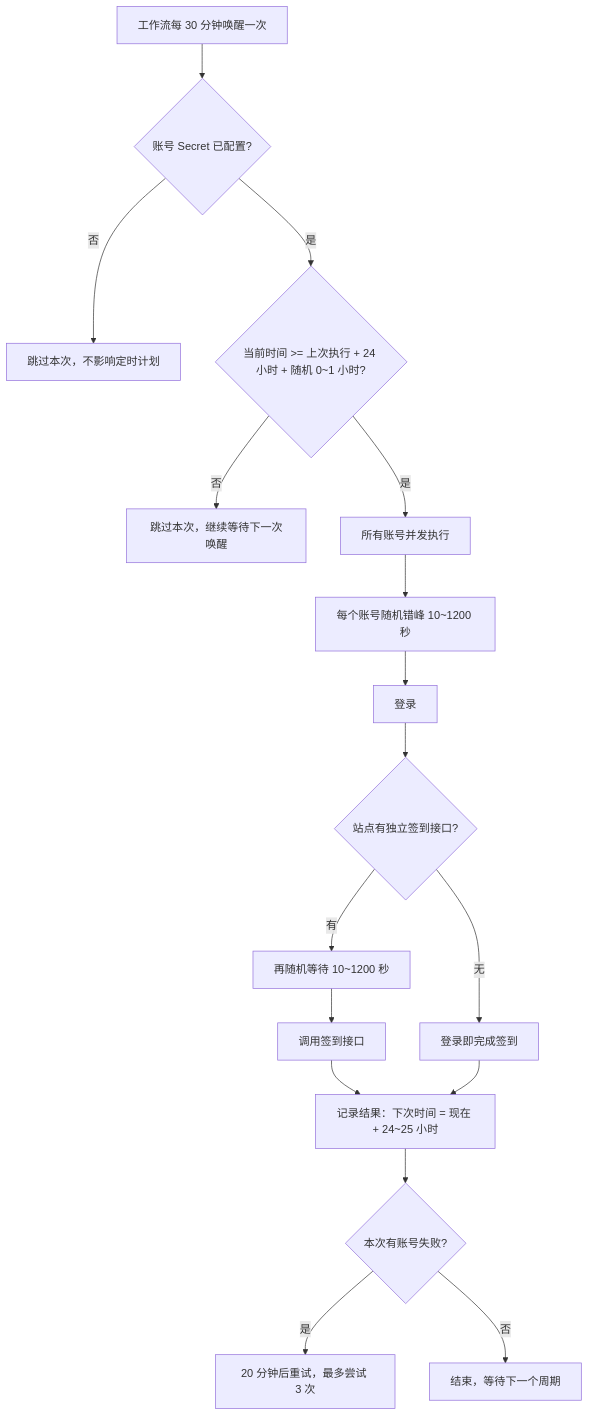
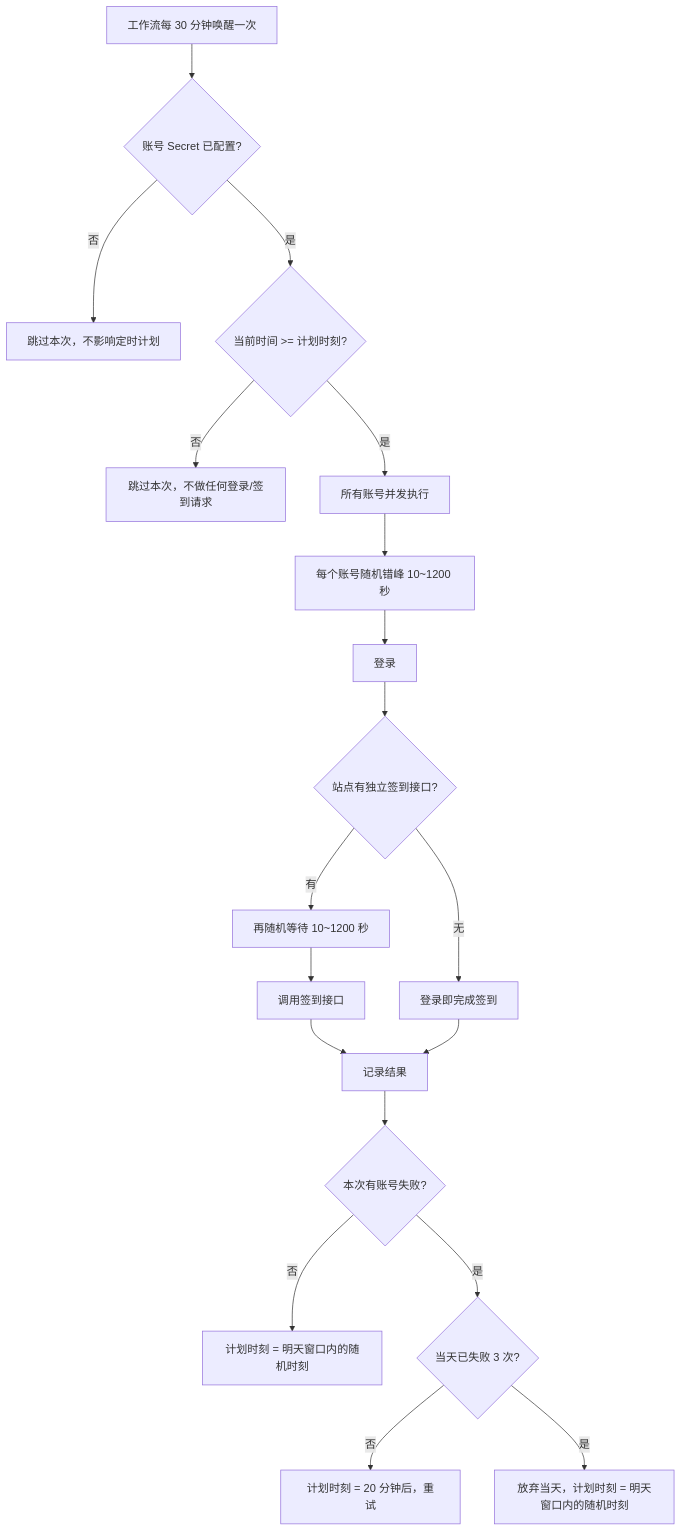
Before and after one commit to unknownrealize/checkin-1: the diagram in README.md, drawn with Mermaid. The commit also changed other lines of this file and 4 other files, not shown here.

````diff
--- a/README.md
+++ b/README.md
@@ -34,19 +35,21 @@
 ```mermaid
 flowchart TD
     A[工作流每 30 分钟唤醒一次] --> S{账号 Secret 已配置?}
     S -- 否 --> S2[跳过本次，不影响定时计划]
-    S -- 是 --> B{当前时间 >= 上次执行 + 24 小时 + 随机 0~1 小时?}
-    B -- 否 --> C[跳过本次，继续等待下一次唤醒]
+    S -- 是 --> B{当前时间 >= 计划时刻?}
+    B -- 否 --> C[跳过本次，不做任何登录/签到请求]
     B -- 是 --> D[所有账号并发执行]
     D --> E[每个账号随机错峰 10~1200 秒]
     E --> F[登录]
     F --> G{站点有独立签到接口?}
     G -- 有 --> H[再随机等待 10~1200 秒]
     H --> I[调用签到接口]
     G -- 无 --> J[登录即完成签到]
-    I --> K[记录结果：下次时间 = 现在 + 24~25 小时]
+    I --> K[记录结果]
     J --> K
     K --> L{本次有账号失败?}
-    L -- 是 --> M[20 分钟后重试，最多尝试 3 次]
-    L -- 否 --> N[结束，等待下一个周期]
+    L -- 否 --> M[计划时刻 = 明天窗口内的随机时刻]
+    L -- 是 --> N{当天已失败 3 次?}
+    N -- 否 --> O[计划时刻 = 20 分钟后，重试]
+    N -- 是 --> P[放弃当天，计划时刻 = 明天窗口内的随机时刻]
 ```
````
